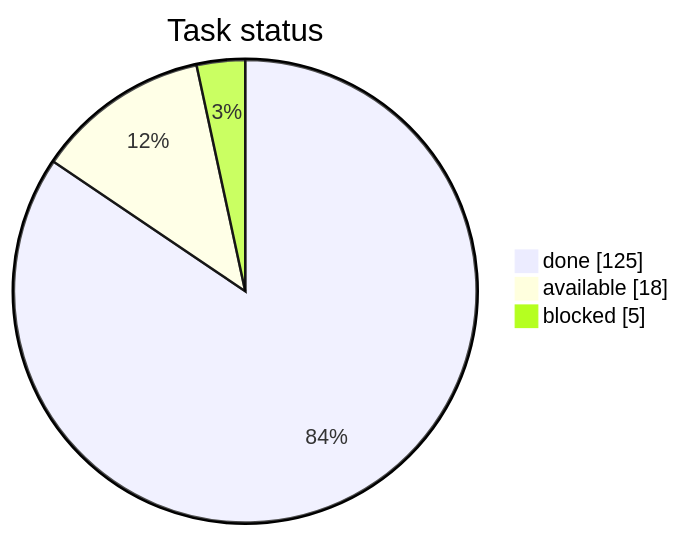
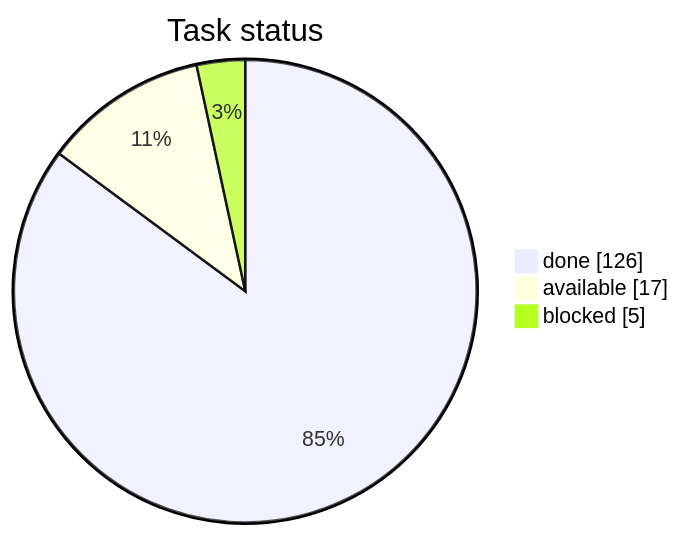
One commit to artemiiShabanov/RallyRivals changed the first of 3 diagrams in STATUS.md. Above: the diagram before and after it, drawn with Mermaid. The commit also changed other lines of this file and 6 other files, not shown here.

````diff
--- a/STATUS.md
+++ b/STATUS.md
@@ -7,7 +7,7 @@
 ```mermaid
 pie showData
     title Task status
-    "done" : 125
-    "available" : 18
+    "done" : 126
+    "available" : 17
     "blocked" : 5
 ```
````
